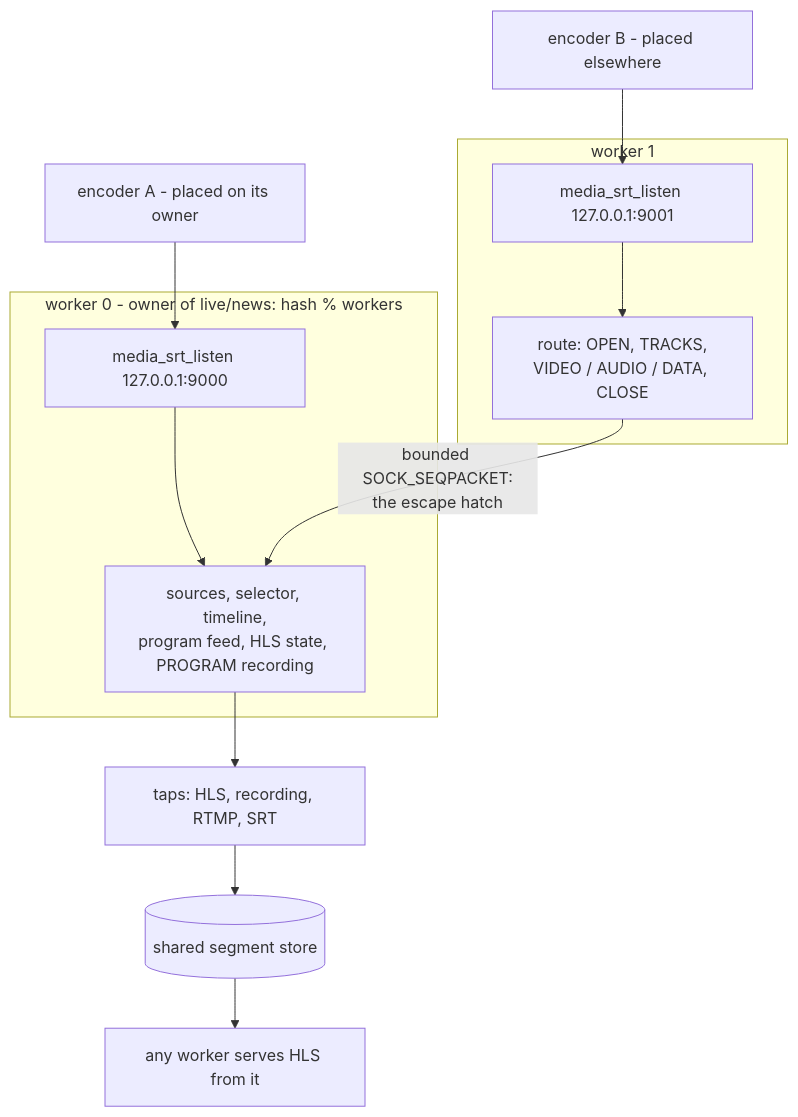
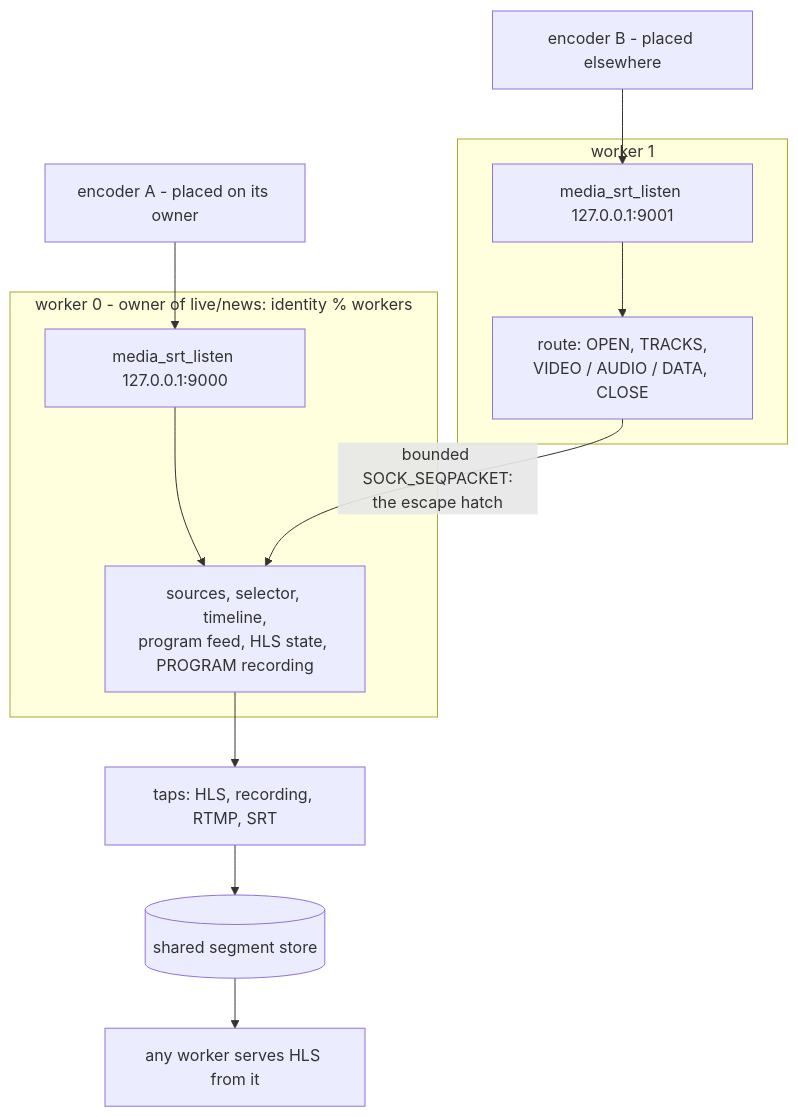
One commit to krsna1729/nginx-media changed the second of 4 diagrams in docs/architecture.md. Above: the diagram before and after it, drawn with Mermaid. The commit also changed other lines of this file and 72 other files, not shown here.

````diff
--- a/docs/architecture.md
+++ b/docs/architecture.md
@@ -153,20 +154,20 @@
 ```mermaid
 flowchart TB
-    subgraph W0["worker 0 - owner of live/news: hash % workers"]
+    subgraph W0["worker 0 - owner of live/news: identity % workers"]
         L0["media_srt_listen 127.0.0.1:9000"]
         P0["sources, selector, timeline,<br/>program feed, HLS state, PROGRAM recording"]
     end
 
     subgraph W1["worker 1"]
         L1["media_srt_listen 127.0.0.1:9001"]
         R1["route: OPEN, TRACKS,<br/>VIDEO / AUDIO / DATA, CLOSE"]
     end
 
     A["encoder A - placed on its owner"] --> L0 --> P0
     B["encoder B - placed elsewhere"] --> L1 --> R1
     R1 -->|"bounded SOCK_SEQPACKET:<br/>the escape hatch"| P0
 
     P0 --> TAP["taps: HLS, recording, RTMP, SRT"]
     TAP --> SHM[("shared segment store")]
     SHM --> ANY["any worker serves HLS from it"]
 ```
````
